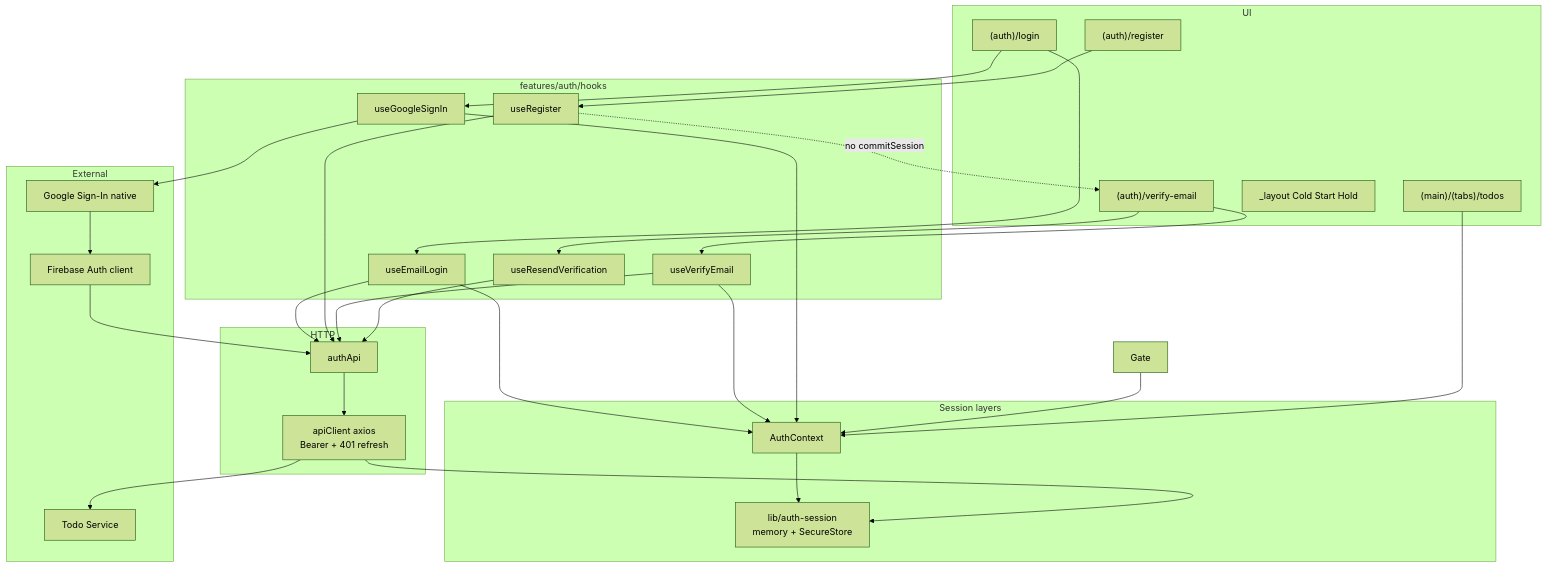
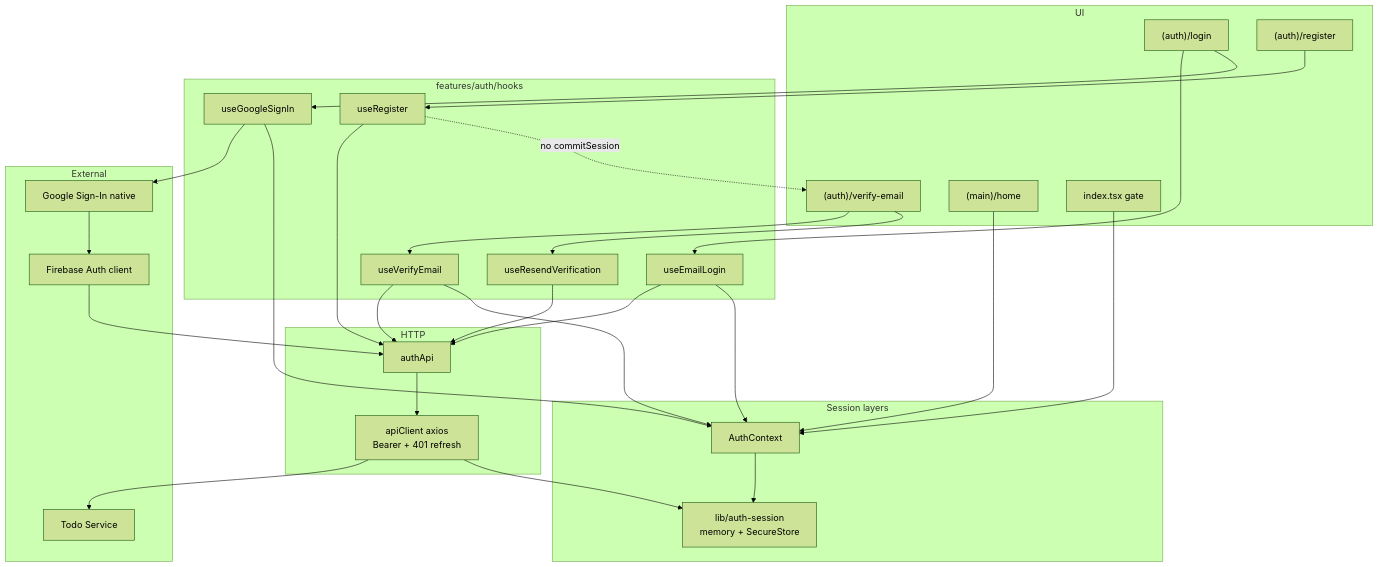
The first of 8 diagrams in docs/auth-flow.md (rizkydrma/todos-apps), drawn with Mermaid (forest theme) before and after one commit. The commit also changed other lines of this file and 5 other files, not shown here.

````diff
--- a/docs/auth-flow.md
+++ b/docs/auth-flow.md
@@ -65,57 +65,57 @@
 ```mermaid
 flowchart TB
   subgraph UI["UI"]
     Login["(auth)/login"]
     Reg["(auth)/register"]
     Verify["(auth)/verify-email"]
-    Home["(main)/(tabs)/todos"]
-    Root["_layout Cold Start Hold"]
+    Home["(main)/home"]
+    Gate["index.tsx gate"]
   end
 
   subgraph Hooks["features/auth/hooks"]
     HE[useEmailLogin]
     HR[useRegister]
     HV[useVerifyEmail]
     HRe[useResendVerification]
     HG[useGoogleSignIn]
   end
 
   subgraph State["Session layers"]
     CTX[AuthContext]
     SS[lib/auth-session\nmemory + SecureStore]
   end
 
   subgraph HTTP["HTTP"]
     API[authApi]
     AX[apiClient axios\nBearer + 401 refresh]
   end
 
   subgraph Ext["External"]
     G[Google Sign-In native]
     F[Firebase Auth client]
     BE[Todo Service]
   end
 
   Login --> HE
   Login --> HG
   Reg --> HR
   Verify --> HV
   Verify --> HRe
   HE --> API
   HR --> API
   HV --> API
   HRe --> API
   HG --> G
   G --> F
   F --> API
   API --> AX
   AX --> BE
   HE --> CTX
   HV --> CTX
   HG --> CTX
   HR -.->|no commitSession| Verify
   CTX --> SS
   AX --> SS
   Gate --> CTX
   Home --> CTX
 ```
````
